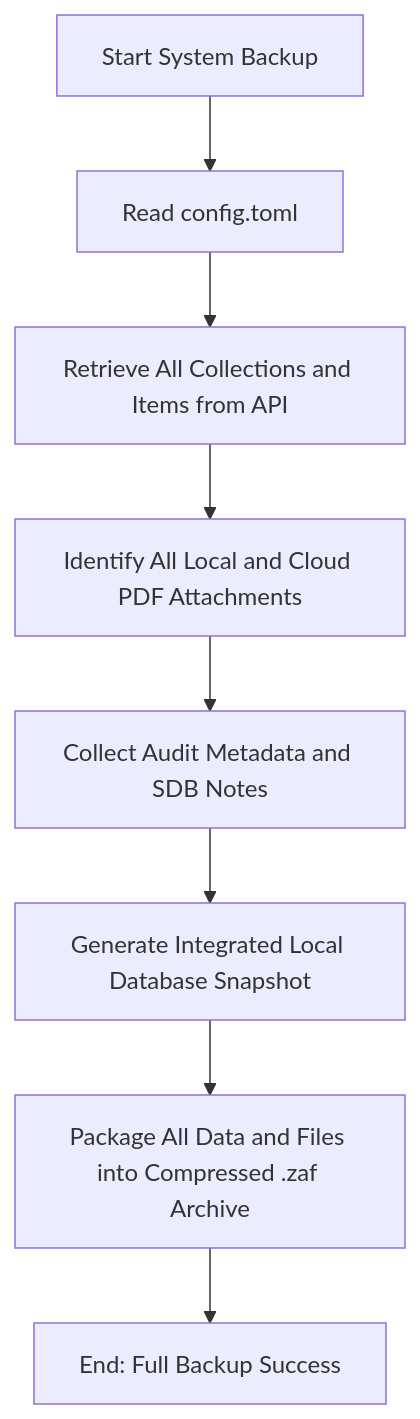
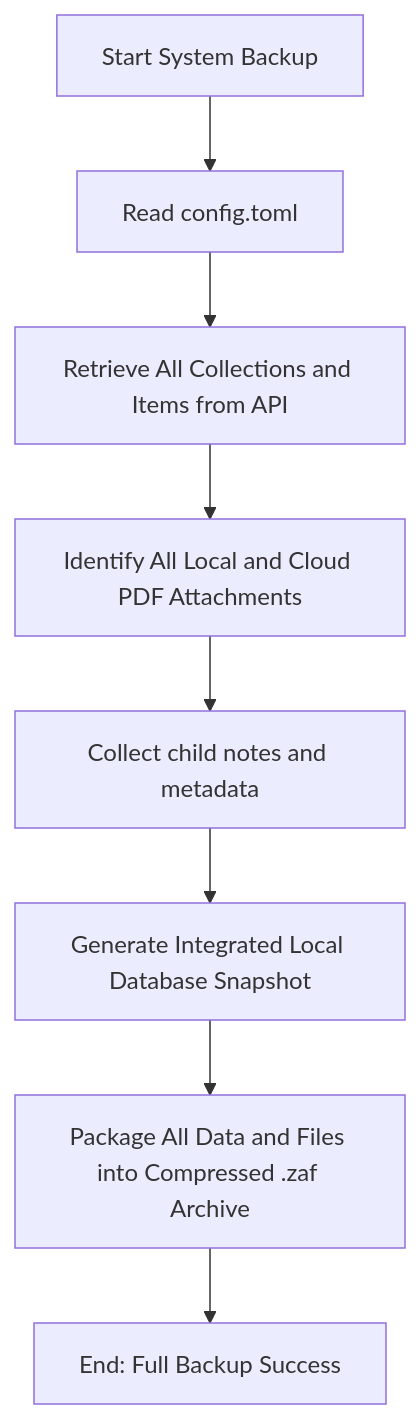
The diagram in docs/help_specs/system_backup.md (fchicout/zotero-cli), drawn with Mermaid before and after one commit. The commit also changed other lines of this file and 268 other files, not shown here.

````diff
--- a/docs/help_specs/system_backup.md
+++ b/docs/help_specs/system_backup.md
@@ -8,10 +8,10 @@
 ```mermaid
 graph TD
     A["Start System Backup"] --> B["Read config.toml"]
     B --> C["Retrieve All Collections and Items from API"]
     C --> D["Identify All Local and Cloud PDF Attachments"]
-    D --> E["Collect Audit Metadata and SDB Notes"]
+    D --> E["Collect child notes and metadata"]
     E --> F["Generate Integrated Local Database Snapshot"]
     F --> G["Package All Data and Files into Compressed .zaf Archive"]
     G --> H["End: Full Backup Success"]
 ```
````
